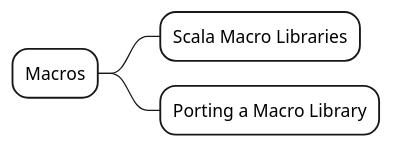
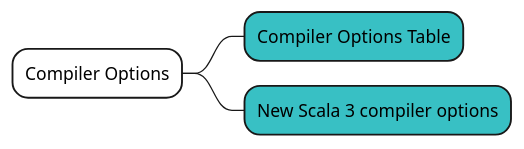
Before and after one commit to shinharad/getting-started-with-scala3: the sixth of 7 diagrams in docs/step01/04_Migration_guideを俯瞰してみる.md, drawn with PlantUML. The commit also changed other lines of this file and 6 other files, not shown here.

````diff
--- a/docs/step01/04_Migration_guideを俯瞰してみる.md
+++ b/docs/step01/04_Migration_guideを俯瞰してみる.md
@@ -93,7 +98,7 @@
 ```plantuml
 @startmindmap
-*[#fff] Macros
-**[#fff] Scala Macro Libraries
-**[#fff] Porting a Macro Library
+*[#fff] Compiler Options
+**[#38c0c4] Compiler Options Table
+**[#38c0c4] New Scala 3 compiler options
 @endmindmap
 ```
````
